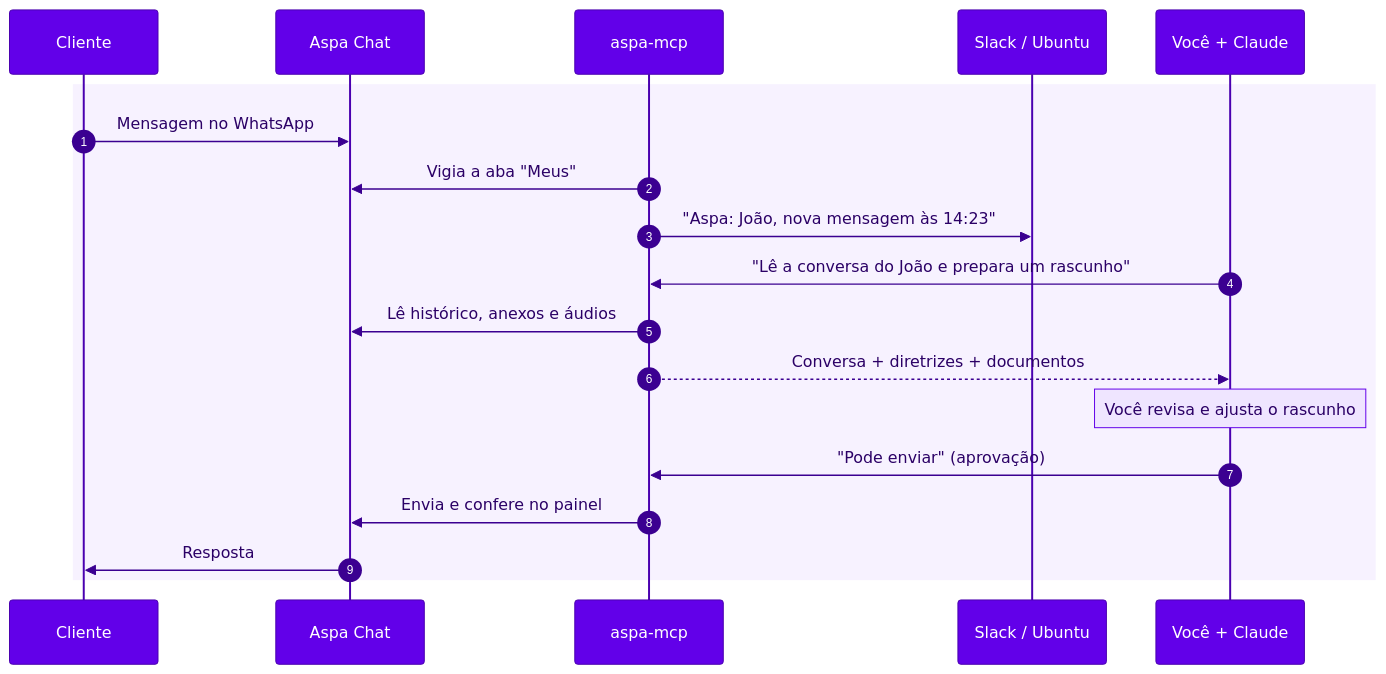
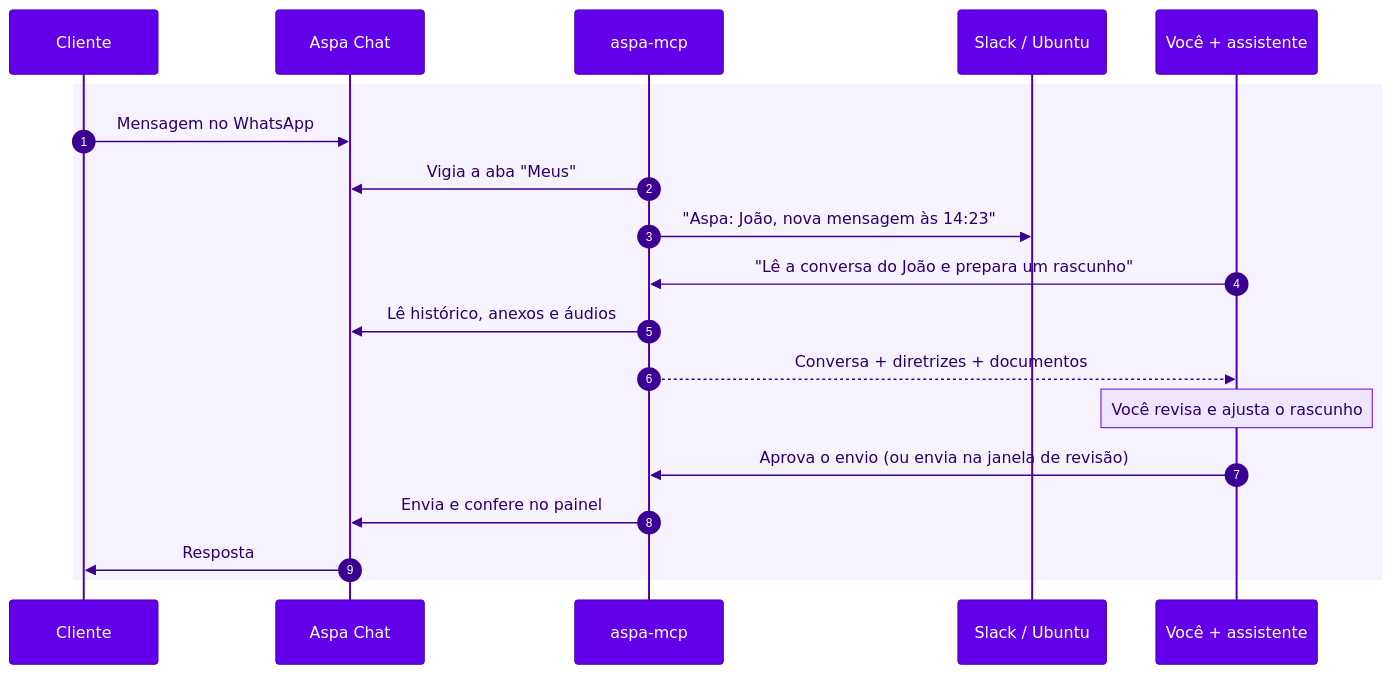
One commit to kbrianps/aspa-mcp changed the diagram in assets/atendimento.mmd. Above: the diagram before and after it, drawn with Mermaid. The commit also changed 5 other files, not shown here.

First line of the commit message:
docs: generalize diagrams and banner to any AI assistant and fix diagram text overflow

```diff
--- a/assets/atendimento.mmd
+++ b/assets/atendimento.mmd
@@ -1,20 +1,20 @@
-%%{init: {"theme": "base", "themeVariables": {"primaryColor": "#6200E9", "primaryTextColor": "#FFFFFF", "primaryBorderColor": "#4A00B0", "lineColor": "#6200E9", "actorBkg": "#6200E9", "actorTextColor": "#FFFFFF", "actorBorder": "#4A00B0", "signalColor": "#3B0091", "signalTextColor": "#2B0066", "noteBkgColor": "#EFE5FF", "noteTextColor": "#2B0066", "noteBorderColor": "#6200E9", "activationBkgColor": "#EFE5FF", "sequenceNumberColor": "#FFFFFF", "fontFamily": "Inter, Segoe UI, Helvetica, Arial, sans-serif"}}}%%
+%%{init: {"theme": "base", "fontFamily": "Inter", "themeVariables": {"primaryColor": "#6200E9", "primaryTextColor": "#FFFFFF", "primaryBorderColor": "#4A00B0", "lineColor": "#6200E9", "actorBkg": "#6200E9", "actorTextColor": "#FFFFFF", "actorBorder": "#4A00B0", "signalColor": "#3B0091", "signalTextColor": "#2B0066", "noteBkgColor": "#EFE5FF", "noteTextColor": "#2B0066", "noteBorderColor": "#6200E9", "activationBkgColor": "#EFE5FF", "sequenceNumberColor": "#FFFFFF", "fontFamily": "Inter"}}}%%
 sequenceDiagram
     autonumber
     participant C as Cliente
     participant A as Aspa Chat
     participant S as aspa-mcp
     participant N as Slack / Ubuntu
-    participant V as Você + Claude
+    participant V as Você + assistente
     rect rgb(247, 242, 255)
     C->>A: Mensagem no WhatsApp
     S->>A: Vigia a aba "Meus"
     S->>N: "Aspa: João, nova mensagem às 14:23"
     V->>S: "Lê a conversa do João e prepara um rascunho"
     S->>A: Lê histórico, anexos e áudios
     S-->>V: Conversa + diretrizes + documentos
     Note over V: Você revisa e ajusta o rascunho
-    V->>S: "Pode enviar" (aprovação)
+    V->>S: Aprova o envio (ou envia na janela de revisão)
     S->>A: Envia e confere no painel
     A->>C: Resposta
     end
```
